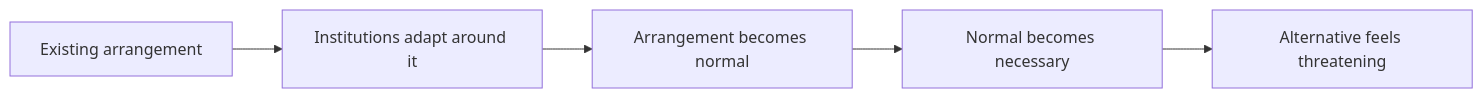
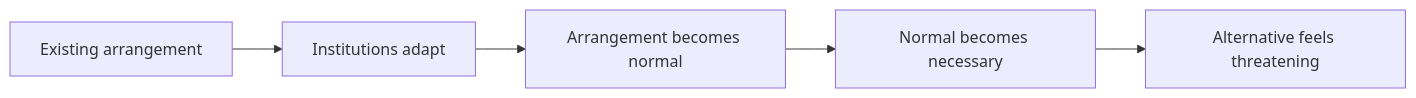
The eighth of 14 diagrams in 🌕_5_Long_Strategies/💸_Business_Is_Tooling/💸_making_harm_too_expensive_to_continue.md (josefsbreakfast/Polaris-Protocol), drawn with Mermaid before and after one commit. The commit also changed other lines of this file, not shown here.

````diff
--- a/🌕_5_Long_Strategies/💸_Business_Is_Tooling/💸_making_harm_too_expensive_to_continue.md
+++ b/🌕_5_Long_Strategies/💸_Business_Is_Tooling/💸_making_harm_too_expensive_to_continue.md
@@ -489,8 +394,8 @@
 ```mermaid
 flowchart LR
     A[Existing arrangement]
-    --> B[Institutions adapt around it]
+    --> B[Institutions adapt]
     --> C[Arrangement becomes normal]
     --> D[Normal becomes necessary]
     --> E[Alternative feels threatening]
 ```
````
